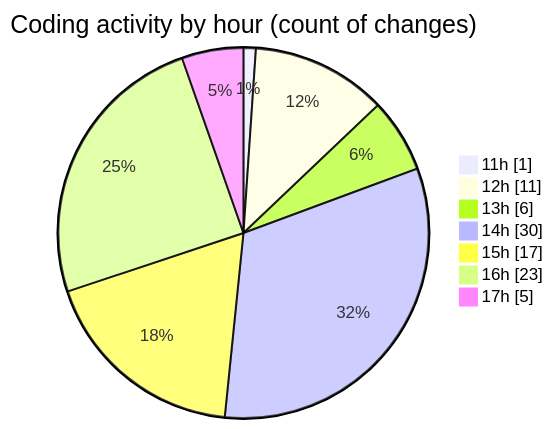
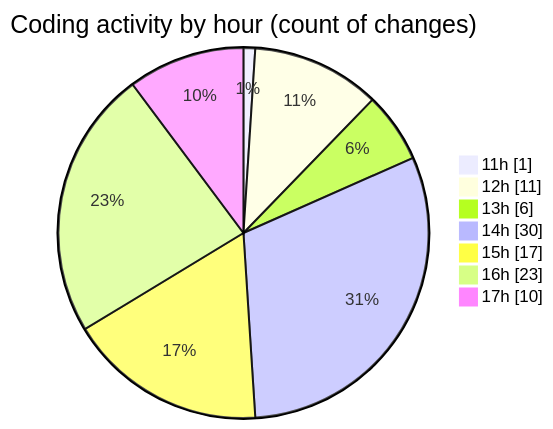
The second of 2 diagrams in 2026-03-24/cda/README.md (momahboobian/code-tracking), drawn with Mermaid before and after one commit. The commit also changed other lines of this file and 1 other file, not shown here.

````diff
--- a/2026-03-24/cda/README.md
+++ b/2026-03-24/cda/README.md
@@ -42,11 +43,11 @@
 ```mermaid
 pie showData
 title Coding activity by hour (count of changes)
 "11h" : 1
 "12h" : 11
 "13h" : 6
 "14h" : 30
 "15h" : 17
 "16h" : 23
-"17h" : 5
+"17h" : 10
 ```
````
